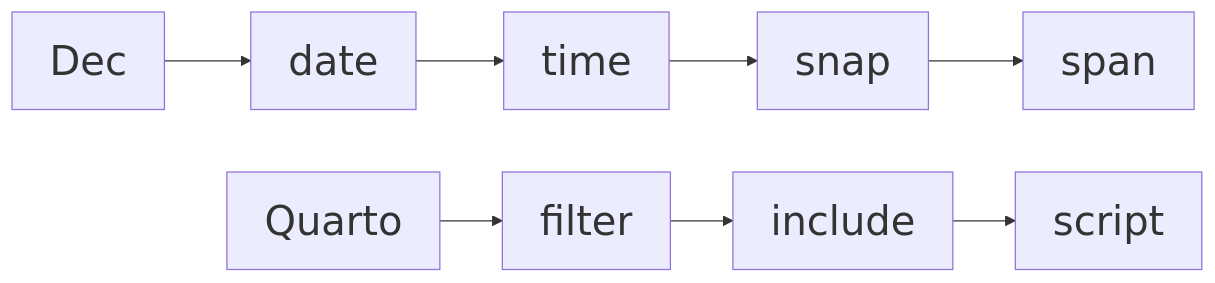
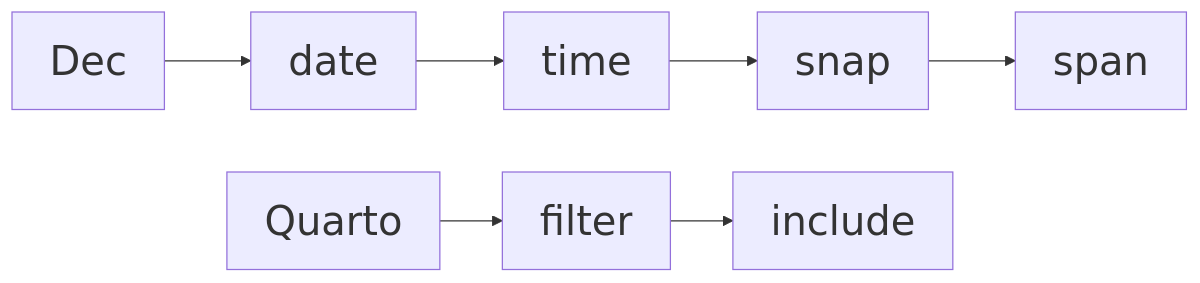
Before and after one commit to maptv/maptv.github.io: the diagram in asset/_decquanav.qmd, drawn with Mermaid. The commit also changed 3 other files, not shown here.

Commit message:
Changed files: asset/_decquanav.qmd dec/date/index.qmd dec/date/index_files/figure-commonmark/mermaid-figure-2.png git/index_files/figure-commonmark/mermaid-figure-2.png

````diff
--- a/asset/_decquanav.qmd
+++ b/asset/_decquanav.qmd
@@ -1,17 +1,16 @@
 ```{mermaid}
 %%| label: decnav
 %%{init: {'theme': 'default', 'themeVariables': { 'fontSize': '32px'}}}%%
 flowchart LR
    A[Dec]-->B[date]-->C[time]-->D[snap]-->E[span]
-   Z[  ]:::empty~~~F[Quarto]-->G[filter]-->H[include]-->I[script]
+   Z[  ]:::empty~~~F[Quarto]-->G[filter]-->H[include]
    classDef empty width:0px;
    click A "/dec"
    click B "/dec/date"
    click C "/dec/time"
    click D "/dec/snap"
    click E "/dec/span"
    click F "/quarto"
    click G "/quarto/filter"
    click H "/quarto/include"
-   click I "/quarto/script"
 ```
````
